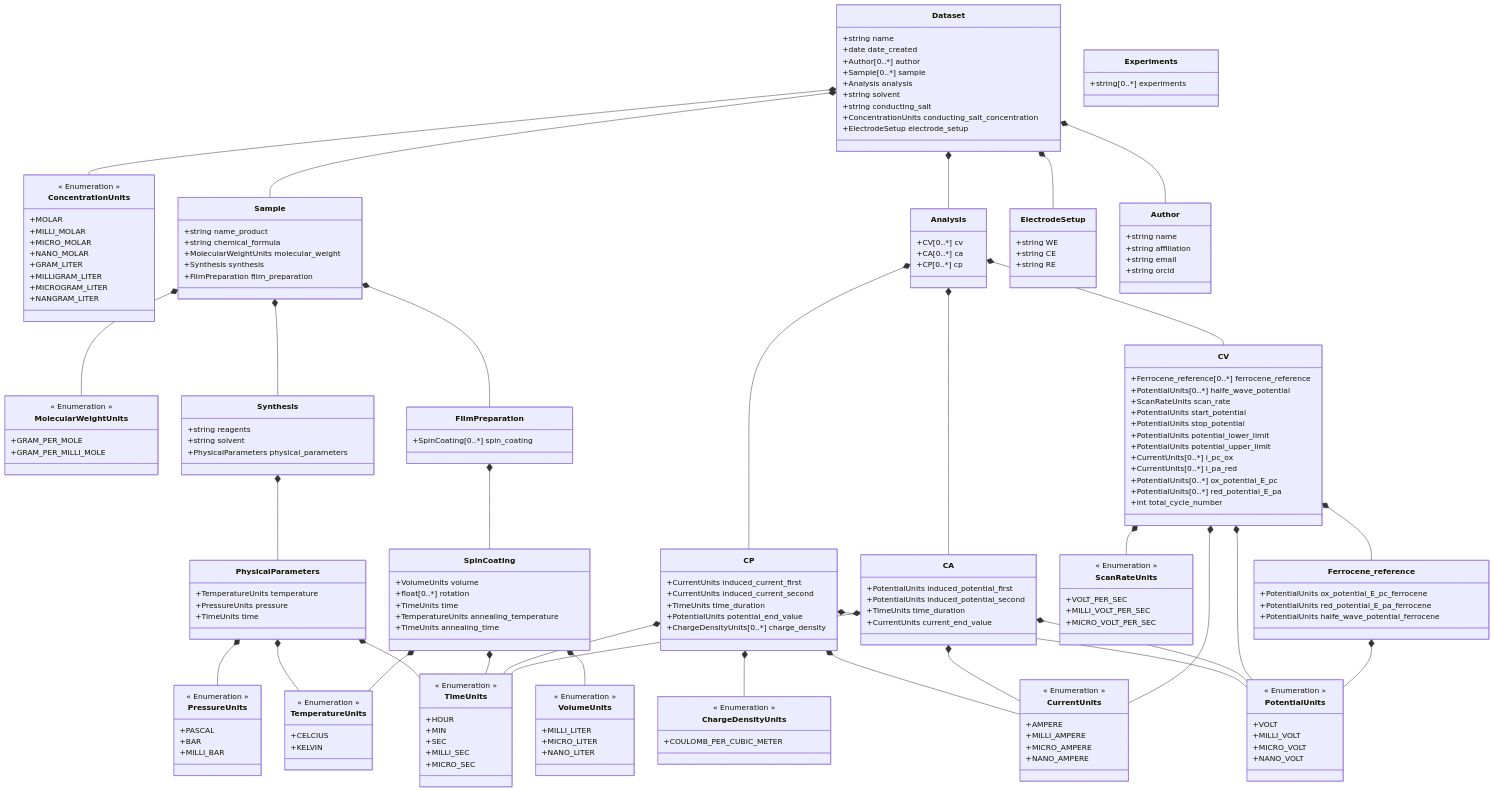
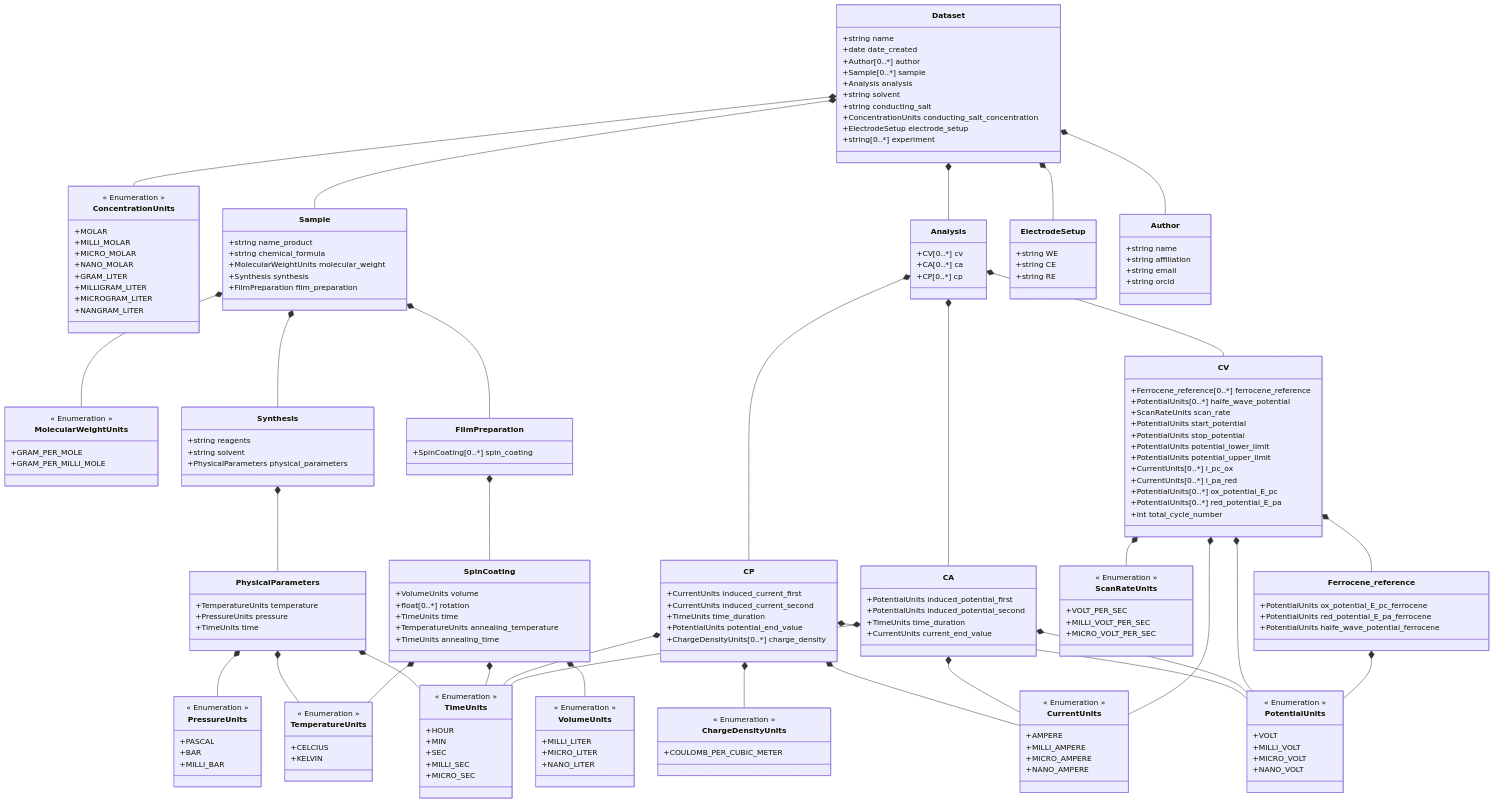
Before and after one commit to FAIRChemistry/datamodel-electrochemistry: the diagram in ElectrochemistryDataModel/schemes/electrochemistrydatamodel_schema.md, drawn with Mermaid. The commit also changed 15 other files, not shown here.

```diff
--- a/ElectrochemistryDataModel/schemes/electrochemistrydatamodel_schema.md
+++ b/ElectrochemistryDataModel/schemes/electrochemistrydatamodel_schema.md
@@ -42,10 +42,7 @@
         +string conducting_salt
         +ConcentrationUnits conducting_salt_concentration
         +ElectrodeSetup electrode_setup
-    }
-    
-    class Experiments {
-        +string[0..*] experiments
+        +string[0..*] experiment
     }
     
     class Sample {
```
